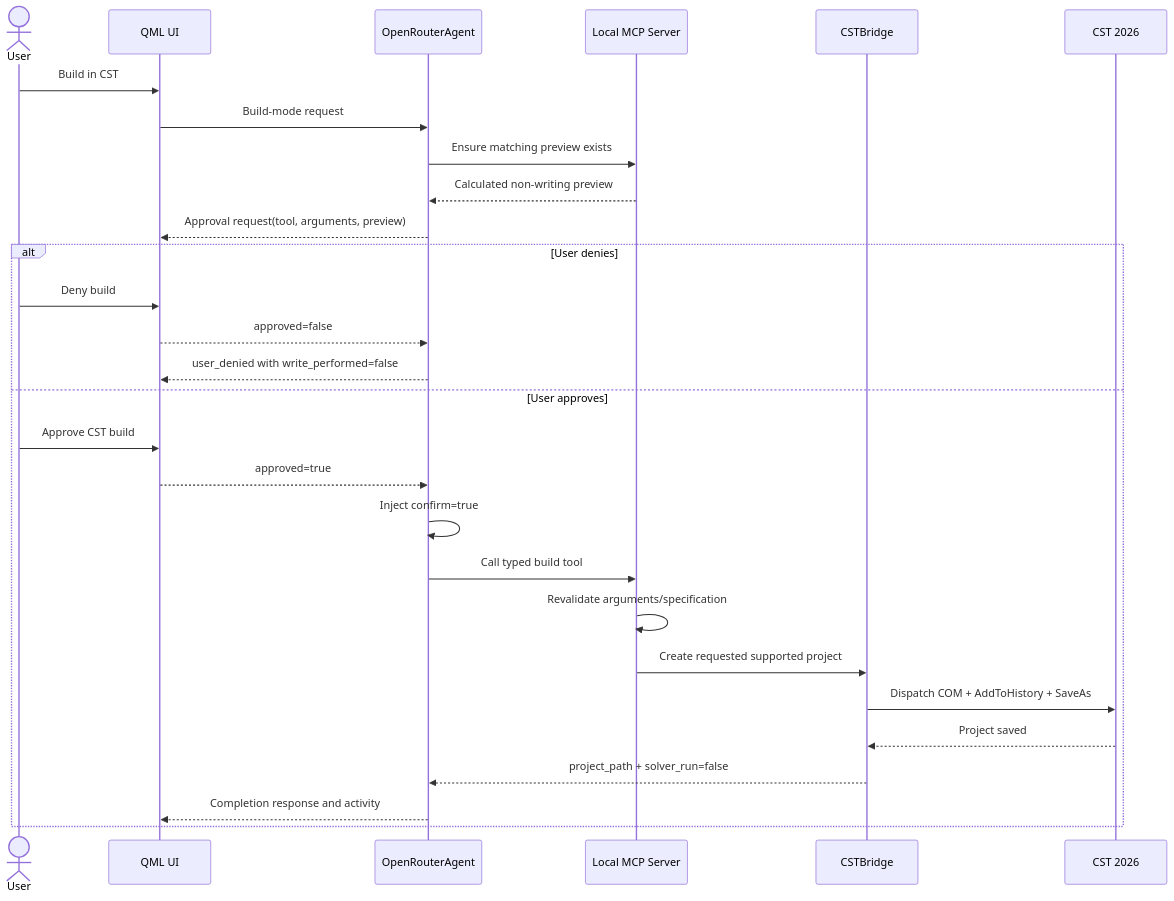
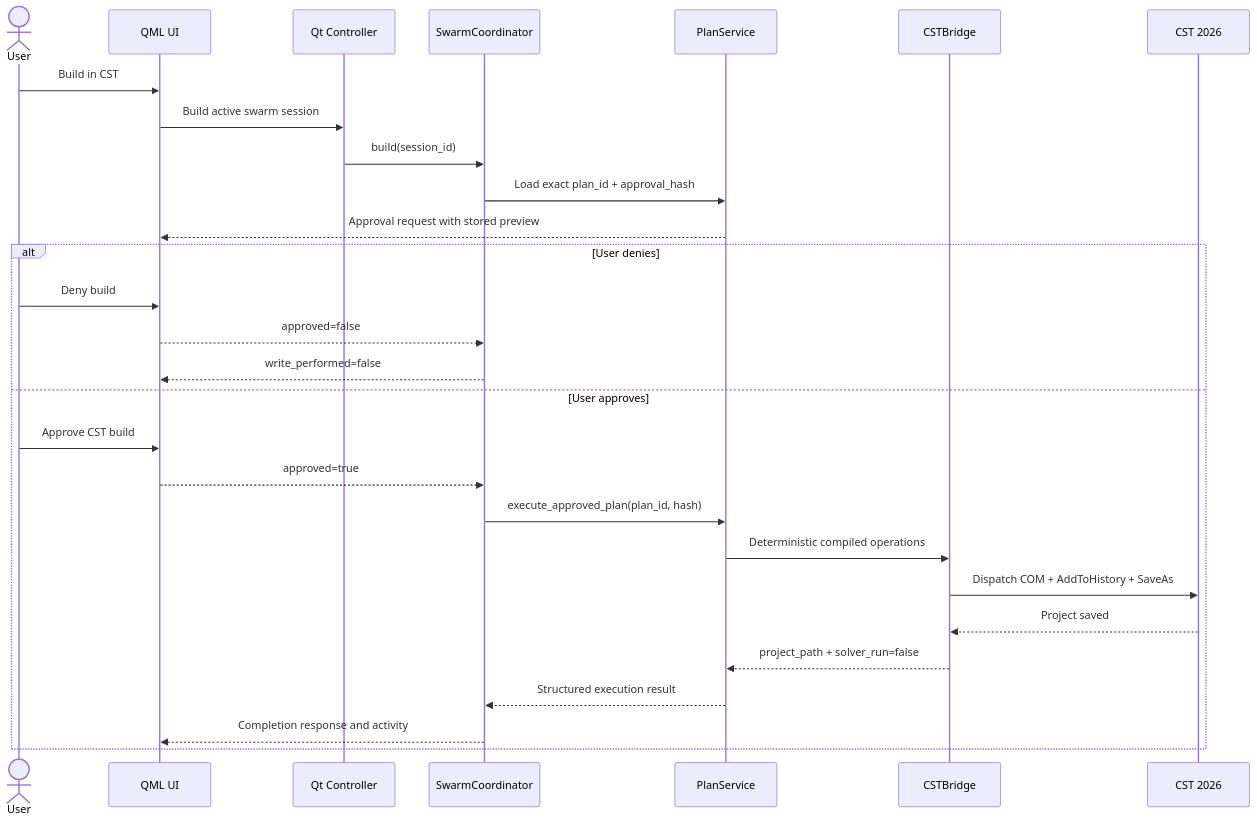
Before and after one commit to Mithunjagan/Prompt2CST: the fifth of 6 diagrams in README.md, drawn with Mermaid. The commit also changed other lines of this file and 22 other files, not shown here.

````diff
--- a/README.md
+++ b/README.md
@@ -737,31 +754,31 @@
 ```mermaid
 sequenceDiagram
     actor U as User
     participant UI as QML UI
-    participant A as OpenRouterAgent
-    participant M as Local MCP Server
+    participant QC as Qt Controller
+    participant S as SwarmCoordinator
+    participant P as PlanService
     participant B as CSTBridge
-    participant C as CST 2026
+    participant CST as CST 2026
 
     U->>UI: Build in CST
-    UI->>A: Build-mode request
-    A->>M: Ensure matching preview exists
-    M-->>A: Calculated non-writing preview
-    A-->>UI: Approval request(tool, arguments, preview)
+    UI->>QC: Build active swarm session
+    QC->>S: build(session_id)
+    S->>P: Load exact plan_id + approval_hash
+    P-->>UI: Approval request with stored preview
     alt User denies
         U->>UI: Deny build
-        UI-->>A: approved=false
-        A-->>UI: user_denied with write_performed=false
+        UI-->>S: approved=false
+        S-->>UI: write_performed=false
     else User approves
         U->>UI: Approve CST build
-        UI-->>A: approved=true
-        A->>A: Inject confirm=true
-        A->>M: Call typed build tool
-        M->>M: Revalidate arguments/specification
-        M->>B: Create requested supported project
-        B->>C: Dispatch COM + AddToHistory + SaveAs
-        C-->>B: Project saved
-        B-->>A: project_path + solver_run=false
-        A-->>UI: Completion response and activity
+        UI-->>S: approved=true
+        S->>P: execute_approved_plan(plan_id, hash)
+        P->>B: Deterministic compiled operations
+        B->>CST: Dispatch COM + AddToHistory + SaveAs
+        CST-->>B: Project saved
+        B-->>P: project_path + solver_run=false
+        P-->>S: Structured execution result
+        S-->>UI: Completion response and activity
     end
 ```
````
